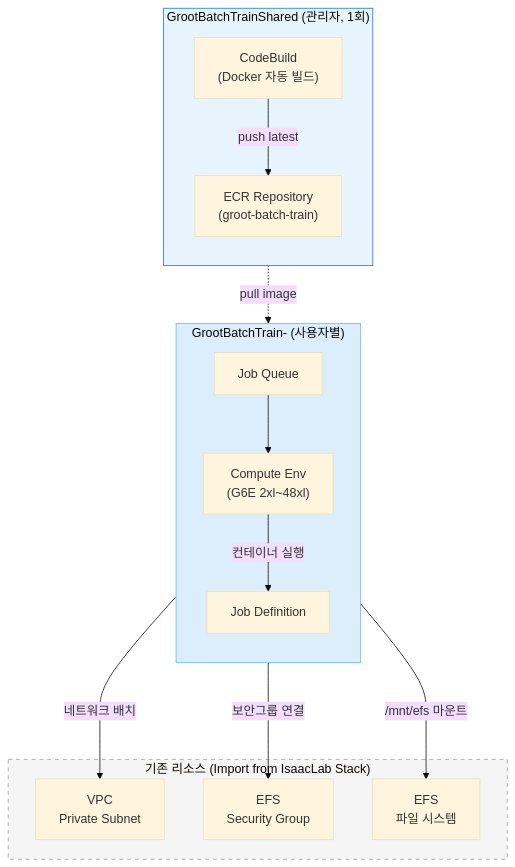
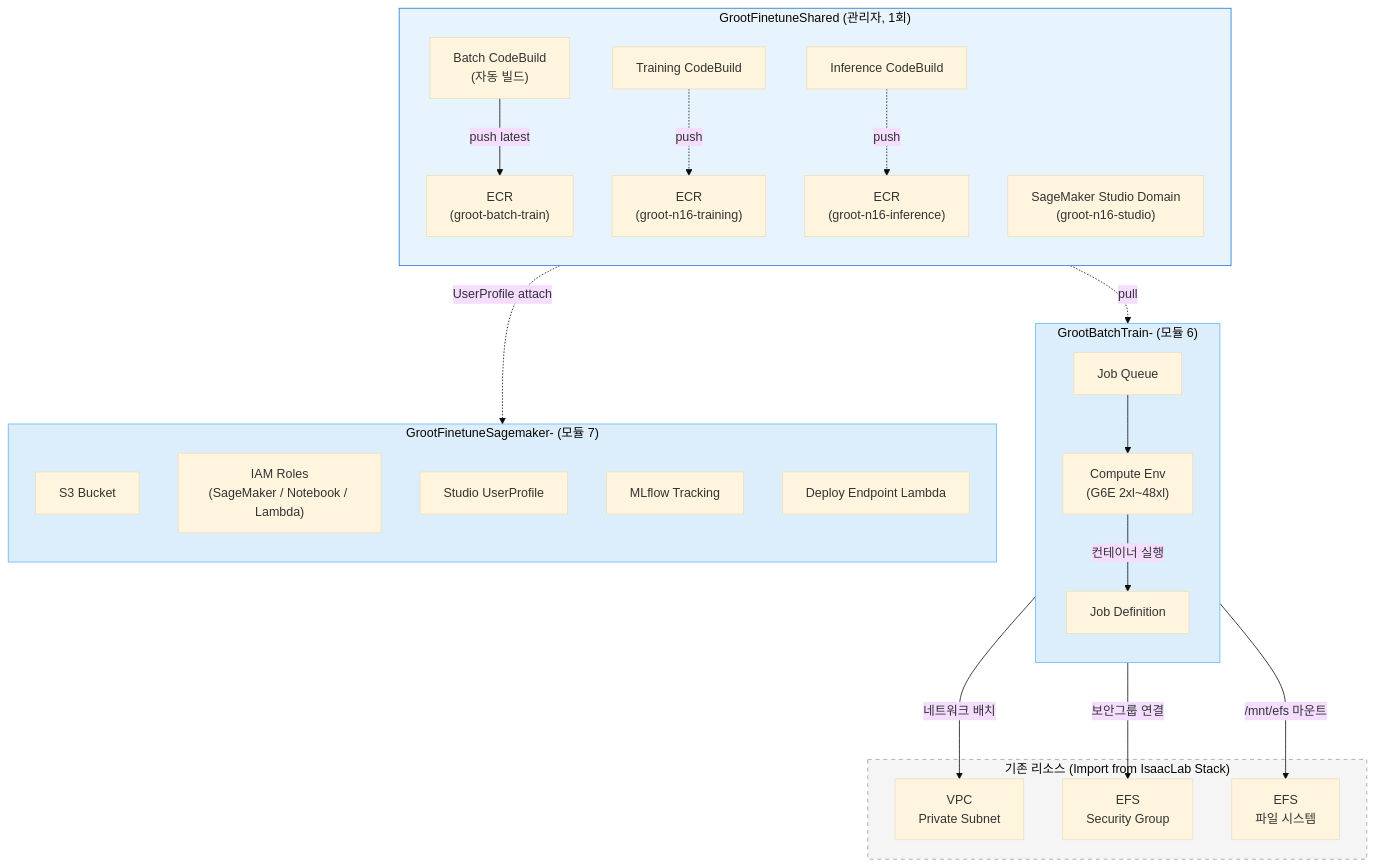
Before and after one commit to seokjushin/physical-ai-aws-docs: the third of 3 diagrams in physical-ai-on-aws-guide/physical-ai-e2e-workshop/5.-train-infra-setup.md, drawn with Mermaid (base theme). The commit also changed other lines of this file and 1 other file, not shown here.

First line of the commit message:
docs(e2e-workshop): infra-groot-finetune CDK 통합 반영

````diff
--- a/physical-ai-on-aws-guide/physical-ai-e2e-workshop/5.-train-infra-setup.md
+++ b/physical-ai-on-aws-guide/physical-ai-e2e-workshop/5.-train-infra-setup.md
@@ -142,34 +154,52 @@
 ```mermaid
 flowchart TB
-    subgraph SharedStack["GrootBatchTrainShared (관리자, 1회)"]
+    subgraph SharedStack["GrootFinetuneShared (관리자, 1회)"]
         direction TB
-        CB["CodeBuild\n(Docker 자동 빌드)"]
-        ECR["ECR Repository\n(groot-batch-train)"]
-        CB -->|"push latest"| ECR
+        BatchECR["ECR\n(groot-batch-train)"]
+        BatchCB["Batch CodeBuild\n(자동 빌드)"]
+        SmTrainECR["ECR\n(groot-n16-training)"]
+        SmInfECR["ECR\n(groot-n16-inference)"]
+        SmTrainCB["Training CodeBuild"]
+        SmInfCB["Inference CodeBuild"]
+        Studio["SageMaker Studio Domain\n(groot-n16-studio)"]
+        BatchCB -->|"push latest"| BatchECR
+        SmTrainCB -.->|"push"| SmTrainECR
+        SmInfCB -.->|"push"| SmInfECR
     end
 
-    subgraph UserStack["GrootBatchTrain-<userId> (사용자별)"]
+    subgraph BatchUserStack["GrootBatchTrain-<userId> (모듈 6)"]
         direction TB
         JQ["Job Queue"]
         CE["Compute Env\n(G6E 2xl~48xl)"]
         JD["Job Definition"]
         JQ --> CE
         CE -->|"컨테이너 실행"| JD
     end
 
-    ECR -.->|"pull image"| JD
+    subgraph SmUserStack["GrootFinetuneSagemaker-<userId> (모듈 7)"]
+        direction TB
+        S3["S3 Bucket"]
+        Roles["IAM Roles\n(SageMaker / Notebook / Lambda)"]
+        UP["Studio UserProfile"]
+        MLflow["MLflow Tracking"]
+        Lambda["Deploy Endpoint Lambda"]
+    end
+
+    BatchECR -.->|"pull"| JD
+    Studio -.->|"UserProfile attach"| UP
 
     subgraph Imported["기존 리소스 (Import from IsaacLab Stack)"]
         VPC["VPC\nPrivate Subnet"]
         SG["EFS\nSecurity Group"]
         EFS["EFS\n파일 시스템"]
     end
 
     CE --->|"네트워크 배치"| VPC
     CE --->|"보안그룹 연결"| SG
     JD --->|"/mnt/efs 마운트"| EFS
 
     style SharedStack fill:#e8f4fd,stroke:#1976d2
-    style UserStack fill:#dceefb,stroke:#64b5f6
+    style BatchUserStack fill:#dceefb,stroke:#64b5f6
+    style SmUserStack fill:#dceefb,stroke:#64b5f6
     style Imported fill:#f5f5f5,stroke:#9e9e9e,stroke-dasharray: 5 5
 ```
````
